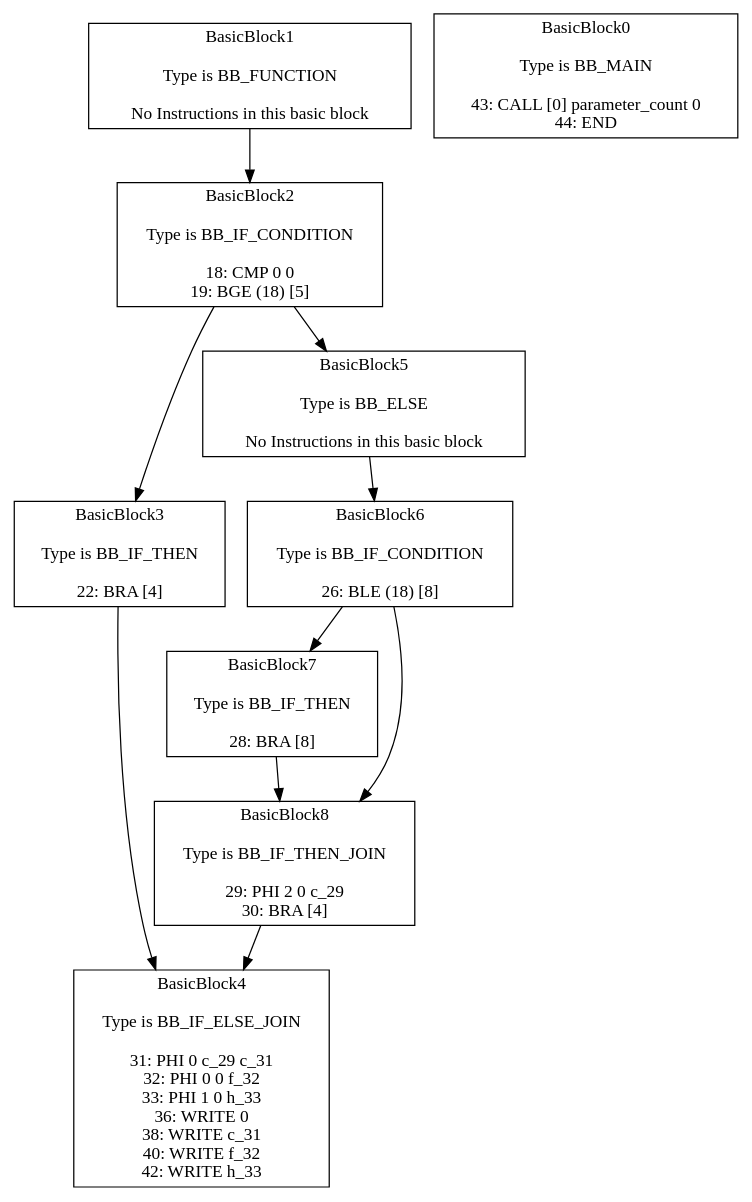
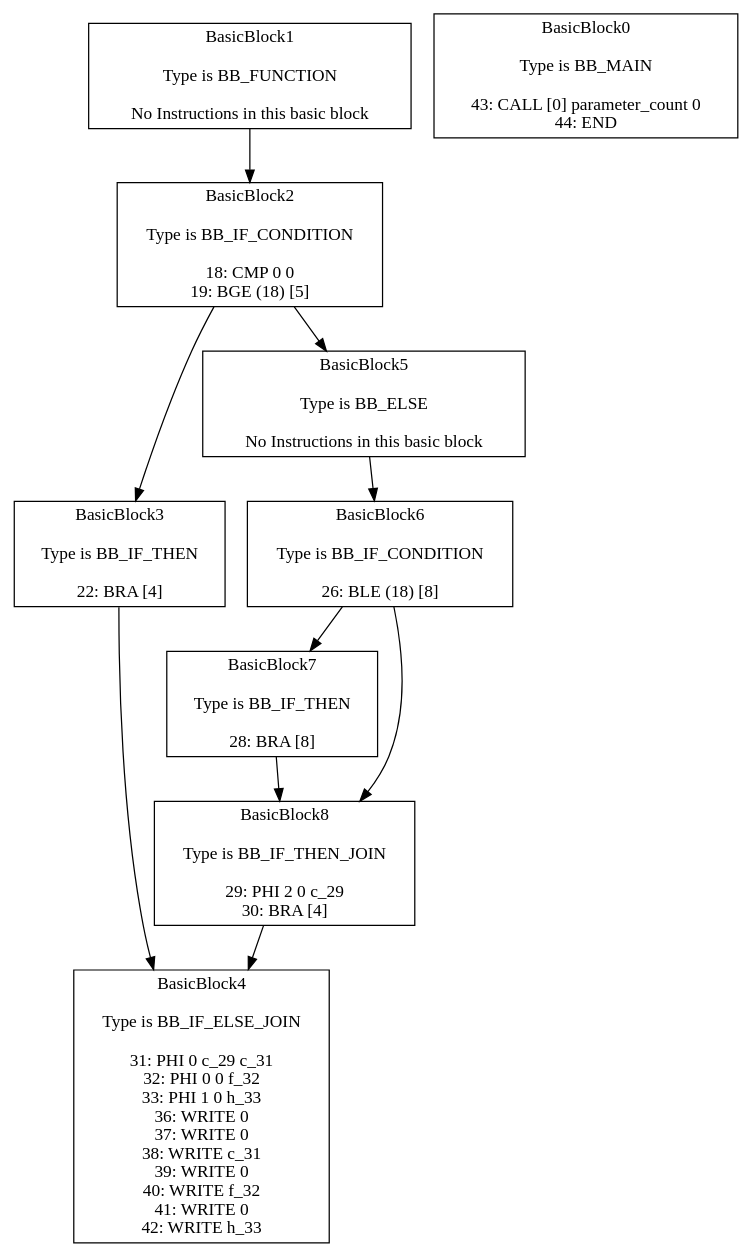
The diagram in resources/programs/test018CFG_CP_CSE.dot (jsrikrishna/compiler-241), drawn with Graphviz before and after one commit. The commit also changed 51 other files, not shown here.

```diff
--- a/resources/programs/test018CFG_CP_CSE.dot
+++ b/resources/programs/test018CFG_CP_CSE.dot
@@ -1,74 +1,77 @@
 digraph{
 BasicBlock1 -> BasicBlock2
 BasicBlock2 -> BasicBlock3
 BasicBlock2 -> BasicBlock5
 BasicBlock3 -> BasicBlock4
 BasicBlock5 -> BasicBlock6
 BasicBlock6 -> BasicBlock7
 BasicBlock6 -> BasicBlock8
 BasicBlock7 -> BasicBlock8
 BasicBlock8 -> BasicBlock4
 BasicBlock0[shape="box", label="BasicBlock0
 
  Type is BB_MAIN
 
 43: CALL [0] parameter_count 0
 44: END
 "]
 BasicBlock1[shape="box", label="BasicBlock1
 
  Type is BB_FUNCTION
 
 No Instructions in this basic block
 "]
 BasicBlock2[shape="box", label="BasicBlock2
 
  Type is BB_IF_CONDITION
 
 18: CMP 0 0
 19: BGE (18) [5]
 "]
 BasicBlock3[shape="box", label="BasicBlock3
 
  Type is BB_IF_THEN
 
 22: BRA [4]
 "]
 BasicBlock4[shape="box", label="BasicBlock4
 
  Type is BB_IF_ELSE_JOIN
 
 31: PHI 0 c_29 c_31
 32: PHI 0 0 f_32
 33: PHI 1 0 h_33
 36: WRITE 0
+37: WRITE 0
 38: WRITE c_31
+39: WRITE 0
 40: WRITE f_32
+41: WRITE 0
 42: WRITE h_33
 "]
 BasicBlock5[shape="box", label="BasicBlock5
 
  Type is BB_ELSE
 
 No Instructions in this basic block
 "]
 BasicBlock6[shape="box", label="BasicBlock6
 
  Type is BB_IF_CONDITION
 
 26: BLE (18) [8]
 "]
 BasicBlock7[shape="box", label="BasicBlock7
 
  Type is BB_IF_THEN
 
 28: BRA [8]
 "]
 BasicBlock8[shape="box", label="BasicBlock8
 
  Type is BB_IF_THEN_JOIN
 
 29: PHI 2 0 c_29
 30: BRA [4]
 "]
 }
```
